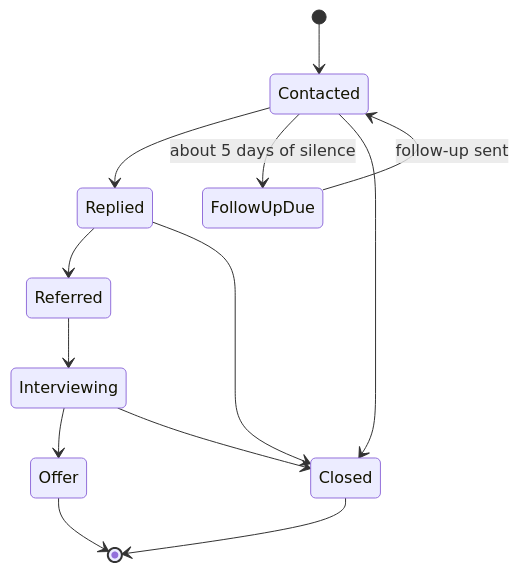
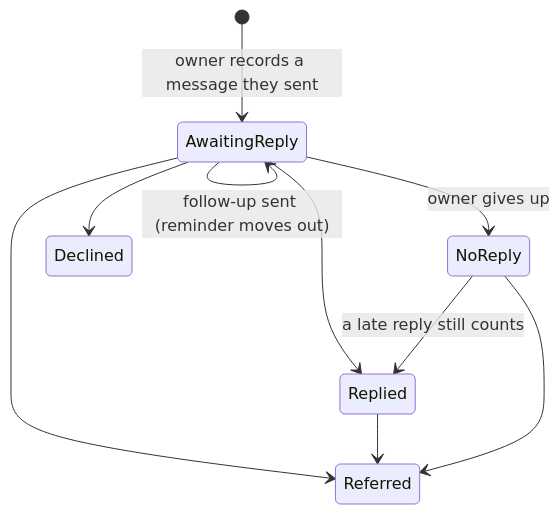
The fifth of 5 diagrams in docs/architecture.md (TechByChibuzo/job-search-assistant), drawn with Mermaid before and after one commit. The commit also changed other lines of this file and 2 other files, not shown here.

````diff
--- a/docs/architecture.md
+++ b/docs/architecture.md
@@ -279,15 +297,12 @@
 ```mermaid
 stateDiagram-v2
-    [*] --> Contacted
-    Contacted --> Replied
-    Contacted --> FollowUpDue : about 5 days of silence
-    FollowUpDue --> Contacted : follow-up sent
+    [*] --> AwaitingReply : owner records a message they sent
+    AwaitingReply --> AwaitingReply : follow-up sent (reminder moves out)
+    AwaitingReply --> Replied
+    AwaitingReply --> Referred
+    AwaitingReply --> NoReply : owner gives up
+    AwaitingReply --> Declined
     Replied --> Referred
-    Referred --> Interviewing
-    Interviewing --> Offer
-    Contacted --> Closed
-    Replied --> Closed
-    Interviewing --> Closed
-    Offer --> [*]
-    Closed --> [*]
+    NoReply --> Replied : a late reply still counts
+    NoReply --> Referred
 ```
````
